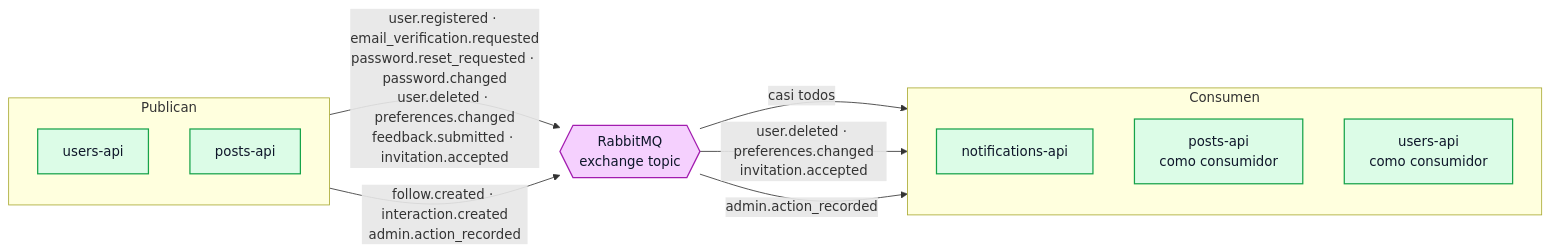
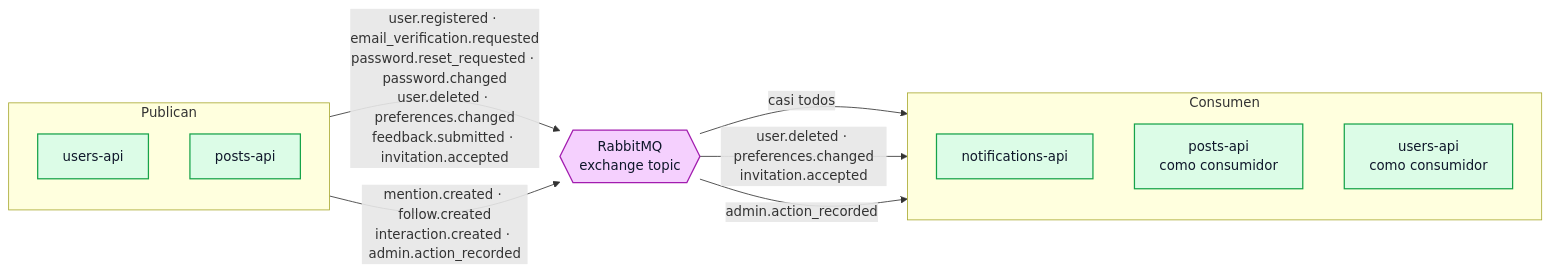
One commit to tds-g3-2s2026/udesa-x-platform changed the third of 6 diagrams in docs/ARQUITECTURA.md. Above: the diagram before and after it, drawn with Mermaid. The commit also changed other lines of this file and 4 other files, not shown here.

First line of the commit message:
feat(eventos): contrato mention.created.v1 con una mención por cuenta mencionada (#154)

````diff
--- a/docs/ARQUITECTURA.md
+++ b/docs/ARQUITECTURA.md
@@ -567,26 +568,26 @@
 ```mermaid
 flowchart LR
     subgraph pub["Publican"]
         direction TB
         U["users-api"]
         P["posts-api"]
     end
     EX{{"RabbitMQ<br/>exchange topic"}}
     subgraph con["Consumen"]
         direction TB
         N["notifications-api"]
         P2["posts-api<br/>como consumidor"]
         U2["users-api<br/>como consumidor"]
     end
 
     U -->|"user.registered · email_verification.requested<br/>password.reset_requested · password.changed<br/>user.deleted · preferences.changed<br/>feedback.submitted · invitation.accepted"| EX
-    P -->|"follow.created · interaction.created<br/>admin.action_recorded"| EX
+    P -->|"mention.created · follow.created<br/>interaction.created · admin.action_recorded"| EX
     EX -->|"casi todos"| N
     EX -->|"user.deleted · preferences.changed<br/>invitation.accepted"| P2
     EX -->|"admin.action_recorded"| U2
 
     classDef svc fill:#dcfce7,stroke:#16a34a,stroke-width:1.5px,color:#0f172a
     classDef bus fill:#f5d0fe,stroke:#a21caf,stroke-width:1.5px,color:#0f172a
     class U,P,N,P2,U2 svc
     class EX bus
 ```
````
